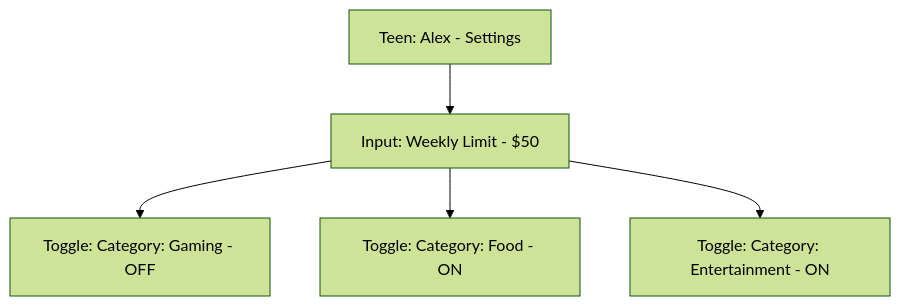
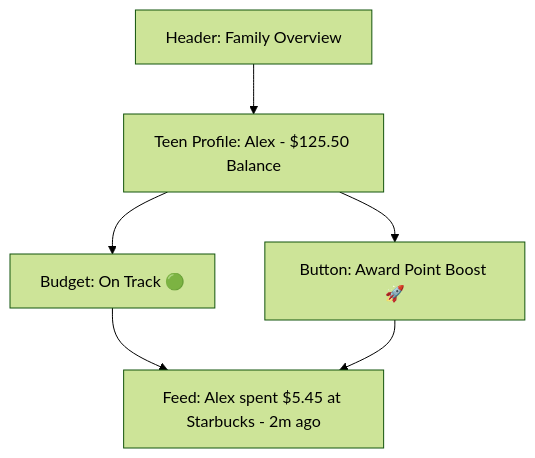
The second of 2 diagrams in docs/architecture/mock-screenshots.md (code226/mystsh), drawn with Mermaid (forest theme) before and after one commit. The commit also changed other lines of this file and 6 other files, not shown here.

````diff
--- a/docs/architecture/mock-screenshots.md
+++ b/docs/architecture/mock-screenshots.md
@@ -93,10 +53,10 @@
 ```mermaid
 graph TD
-    A[Teen: Alex - Settings]
-    B[Input: Weekly Limit - $50]
-    C[Toggle: Category: Gaming - OFF]
-    D[Toggle: Category: Food - ON]
-    E[Toggle: Category: Entertainment - ON]
+    A[Header: Family Overview]
+    B[Teen Profile: Alex - $125.50 Balance]
+    C[Budget: On Track 🟢]
+    D[Button: Award Point Boost 🚀]
+    E[Feed: Alex spent $5.45 at Starbucks - 2m ago]
 
-    A --> B --> C & D & E
+    A --> B --> C & D --> E
 ```
````
